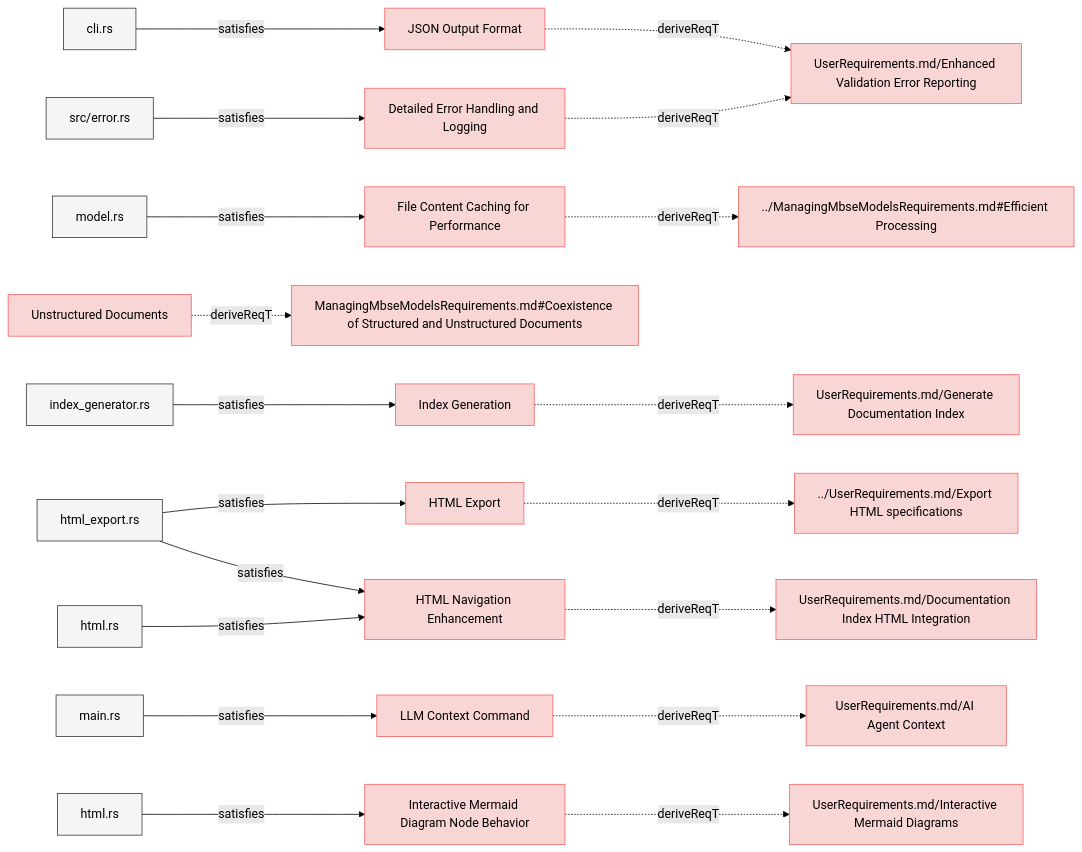
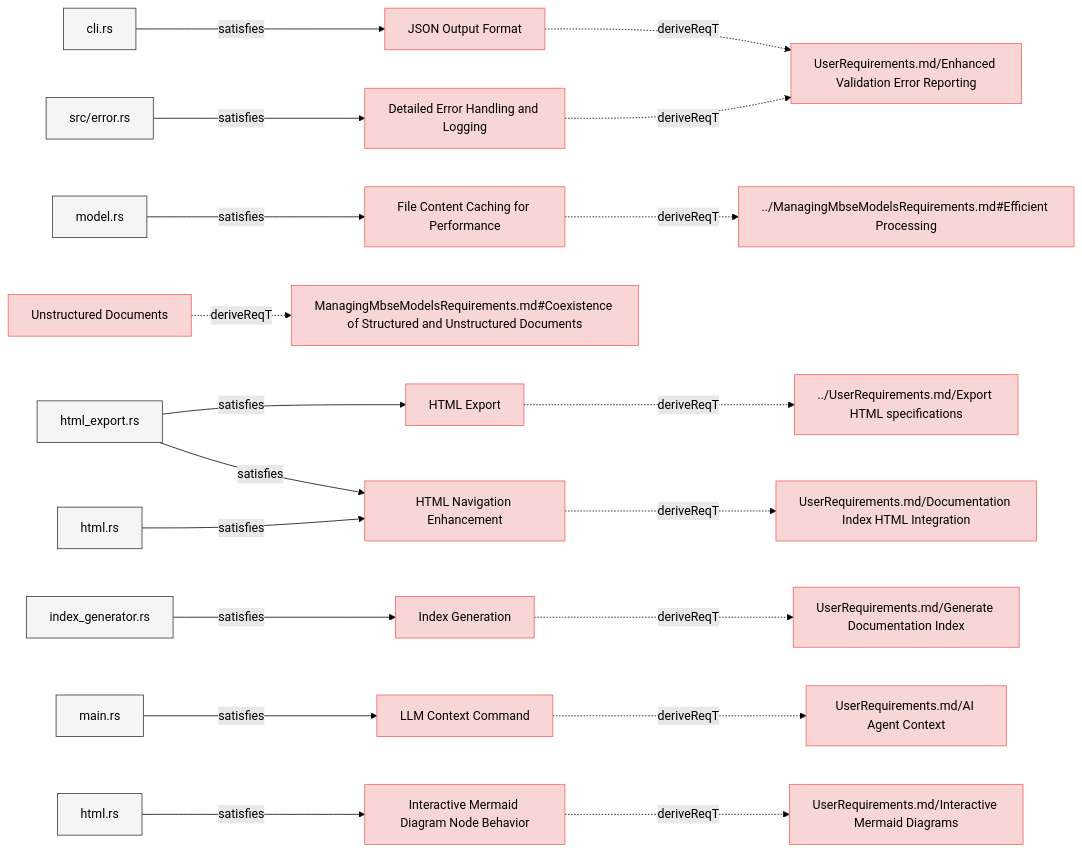
One commit to reqvire-org/reqvire changed the third of 8 diagrams in specifications/SystemRequirements/Requirements.md. Above: the diagram before and after it, drawn with Mermaid (forest theme). The commit also changed other lines of this file and 56 other files, not shown here.

````diff
--- a/specifications/SystemRequirements/Requirements.md
+++ b/specifications/SystemRequirements/Requirements.md
@@ -237,96 +237,96 @@
   classDef default fill:#f5f5f5,stroke:#333333,stroke-width:1px;
 
   5ec6a2668bddf0e["JSON Output Format"];
-  click 5ec6a2668bddf0e "https://github.com/ilijaljubicic/ReqFlow/blob/a94231473c9a4a56fe21608ebd13787e0cc3f2dc/specifications/SystemRequirements/Requirements.md#json-output-format";
+  click 5ec6a2668bddf0e "https://github.com/ilijaljubicic/ReqFlow/blob/29a17f176519a28e973567d4102beb95f41075ed/specifications/SystemRequirements/Requirements.md#json-output-format";
   class 5ec6a2668bddf0e requirement;
   7cf5cf9900076be6["UserRequirements.md/Enhanced Validation Error Reporting"];
   class 7cf5cf9900076be6 requirement;
-  click 7cf5cf9900076be6 "https://github.com/ilijaljubicic/ReqFlow/blob/a94231473c9a4a56fe21608ebd13787e0cc3f2dc/specifications/UserRequirements.md#enhanced-validation-error-reporting";
+  click 7cf5cf9900076be6 "https://github.com/ilijaljubicic/ReqFlow/blob/29a17f176519a28e973567d4102beb95f41075ed/specifications/UserRequirements.md#enhanced-validation-error-reporting";
   5ec6a2668bddf0e -.->|deriveReqT| 7cf5cf9900076be6;
   11ffc4632afd7c4c["cli.rs"];
   class 11ffc4632afd7c4c default;
-  click 11ffc4632afd7c4c "https://github.com/ilijaljubicic/ReqFlow/blob/a94231473c9a4a56fe21608ebd13787e0cc3f2dc/cli/src/cli.rs";
+  click 11ffc4632afd7c4c "https://github.com/ilijaljubicic/ReqFlow/blob/29a17f176519a28e973567d4102beb95f41075ed/cli/src/cli.rs";
   11ffc4632afd7c4c -->|satisfies| 5ec6a2668bddf0e;
   98bd2bd6bdf5bf97["File Content Caching for Performance"];
-  click 98bd2bd6bdf5bf97 "https://github.com/ilijaljubicic/ReqFlow/blob/a94231473c9a4a56fe21608ebd13787e0cc3f2dc/specifications/SystemRequirements/Requirements.md#file-content-caching-for-performance";
+  click 98bd2bd6bdf5bf97 "https://github.com/ilijaljubicic/ReqFlow/blob/29a17f176519a28e973567d4102beb95f41075ed/specifications/SystemRequirements/Requirements.md#file-content-caching-for-performance";
   class 98bd2bd6bdf5bf97 requirement;
   21e4eb87cb55ea5e["../ManagingMbseModelsRequirements.md#Efficient Processing"];
   class 21e4eb87cb55ea5e requirement;
-  click 21e4eb87cb55ea5e "https://github.com/ilijaljubicic/ReqFlow/blob/a94231473c9a4a56fe21608ebd13787e0cc3f2dc/specifications/ManagingMbseModelsRequirements.md#efficient-processing";
+  click 21e4eb87cb55ea5e "https://github.com/ilijaljubicic/ReqFlow/blob/29a17f176519a28e973567d4102beb95f41075ed/specifications/ManagingMbseModelsRequirements.md#efficient-processing";
   98bd2bd6bdf5bf97 -.->|deriveReqT| 21e4eb87cb55ea5e;
   6136c216c9f80165["model.rs"];
   class 6136c216c9f80165 default;
-  click 6136c216c9f80165 "https://github.com/ilijaljubicic/ReqFlow/blob/a94231473c9a4a56fe21608ebd13787e0cc3f2dc/core/src/model.rs";
+  click 6136c216c9f80165 "https://github.com/ilijaljubicic/ReqFlow/blob/29a17f176519a28e973567d4102beb95f41075ed/core/src/model.rs";
   6136c216c9f80165 -->|satisfies| 98bd2bd6bdf5bf97;
+  c8b6ccc187b0a27e["HTML Export"];
+  click c8b6ccc187b0a27e "https://github.com/ilijaljubicic/ReqFlow/blob/29a17f176519a28e973567d4102beb95f41075ed/specifications/SystemRequirements/Requirements.md#html-export";
+  class c8b6ccc187b0a27e requirement;
+  72c7eda6183f0893["../UserRequirements.md/Export HTML specifications"];
+  class 72c7eda6183f0893 requirement;
+  click 72c7eda6183f0893 "https://github.com/ilijaljubicic/ReqFlow/blob/29a17f176519a28e973567d4102beb95f41075ed/specifications/UserRequirements.md#export-html-specifications";
+  c8b6ccc187b0a27e -.->|deriveReqT| 72c7eda6183f0893;
+  8cb11d152f3b9d2d["html_export.rs"];
+  class 8cb11d152f3b9d2d default;
+  click 8cb11d152f3b9d2d "https://github.com/ilijaljubicic/ReqFlow/blob/29a17f176519a28e973567d4102beb95f41075ed/core/src/html_export.rs";
+  8cb11d152f3b9d2d -->|satisfies| c8b6ccc187b0a27e;
   bdfd9d65e46117e7["Detailed Error Handling and Logging"];
-  click bdfd9d65e46117e7 "https://github.com/ilijaljubicic/ReqFlow/blob/a94231473c9a4a56fe21608ebd13787e0cc3f2dc/specifications/SystemRequirements/Requirements.md#detailed-error-handling-and-logging";
+  click bdfd9d65e46117e7 "https://github.com/ilijaljubicic/ReqFlow/blob/29a17f176519a28e973567d4102beb95f41075ed/specifications/SystemRequirements/Requirements.md#detailed-error-handling-and-logging";
   class bdfd9d65e46117e7 requirement;
   bdfd9d65e46117e7 -.->|deriveReqT| 7cf5cf9900076be6;
   8cd8a561b4c440e3["src/error.rs"];
   class 8cd8a561b4c440e3 default;
-  click 8cd8a561b4c440e3 "https://github.com/ilijaljubicic/ReqFlow/blob/a94231473c9a4a56fe21608ebd13787e0cc3f2dc/core/src/error.rs";
+  click 8cd8a561b4c440e3 "https://github.com/ilijaljubicic/ReqFlow/blob/29a17f176519a28e973567d4102beb95f41075ed/core/src/error.rs";
   8cd8a561b4c440e3 -->|satisfies| bdfd9d65e46117e7;
   5a1719a2649b9922["Unstructured Documents"];
-  click 5a1719a2649b9922 "https://github.com/ilijaljubicic/ReqFlow/blob/a94231473c9a4a56fe21608ebd13787e0cc3f2dc/specifications/SystemRequirements/Requirements.md#unstructured-documents";
+  click 5a1719a2649b9922 "https://github.com/ilijaljubicic/ReqFlow/blob/29a17f176519a28e973567d4102beb95f41075ed/specifications/SystemRequirements/Requirements.md#unstructured-documents";
   class 5a1719a2649b9922 requirement;
   daadd8e583647e4f["ManagingMbseModelsRequirements.md#Coexistence of Structured and Unstructured Documents"];
   class daadd8e583647e4f requirement;
-  click daadd8e583647e4f "https://github.com/ilijaljubicic/ReqFlow/blob/a94231473c9a4a56fe21608ebd13787e0cc3f2dc/specifications/ManagingMbseModelsRequirements.md#coexistence-of-structured-and-unstructured-documents";
+  click daadd8e583647e4f "https://github.com/ilijaljubicic/ReqFlow/blob/29a17f176519a28e973567d4102beb95f41075ed/specifications/ManagingMbseModelsRequirements.md#coexistence-of-structured-and-unstructured-documents";
   5a1719a2649b9922 -.->|deriveReqT| daadd8e583647e4f;
   8acd24c7c228637b["Index Generation"];
-  click 8acd24c7c228637b "https://github.com/ilijaljubicic/ReqFlow/blob/a94231473c9a4a56fe21608ebd13787e0cc3f2dc/specifications/SystemRequirements/Requirements.md#index-generation";
+  click 8acd24c7c228637b "https://github.com/ilijaljubicic/ReqFlow/blob/29a17f176519a28e973567d4102beb95f41075ed/specifications/SystemRequirements/Requirements.md#index-generation";
   class 8acd24c7c228637b requirement;
   f5b5eaeb28c5a7b1["UserRequirements.md/Generate Documentation Index"];
   class f5b5eaeb28c5a7b1 requirement;
-  click f5b5eaeb28c5a7b1 "https://github.com/ilijaljubicic/ReqFlow/blob/a94231473c9a4a56fe21608ebd13787e0cc3f2dc/specifications/UserRequirements.md#generate-documentation-index";
+  click f5b5eaeb28c5a7b1 "https://github.com/ilijaljubicic/ReqFlow/blob/29a17f176519a28e973567d4102beb95f41075ed/specifications/UserRequirements.md#generate-documentation-index";
   8acd24c7c228637b -.->|deriveReqT| f5b5eaeb28c5a7b1;
   3ef6afafe29becbc["index_generator.rs"];
   class 3ef6afafe29becbc default;
-  click 3ef6afafe29becbc "https://github.com/ilijaljubicic/ReqFlow/blob/a94231473c9a4a56fe21608ebd13787e0cc3f2dc/core/src/index_generator.rs";
+  click 3ef6afafe29becbc "https://github.com/ilijaljubicic/ReqFlow/blob/29a17f176519a28e973567d4102beb95f41075ed/core/src/index_generator.rs";
   3ef6afafe29becbc -->|satisfies| 8acd24c7c228637b;
-  c8b6ccc187b0a27e["HTML Export"];
-  click c8b6ccc187b0a27e "https://github.com/ilijaljubicic/ReqFlow/blob/a94231473c9a4a56fe21608ebd13787e0cc3f2dc/specifications/SystemRequirements/Requirements.md#html-export";
-  class c8b6ccc187b0a27e requirement;
-  72c7eda6183f0893["../UserRequirements.md/Export HTML specifications"];
-  class 72c7eda6183f0893 requirement;
-  click 72c7eda6183f0893 "https://github.com/ilijaljubicic/ReqFlow/blob/a94231473c9a4a56fe21608ebd13787e0cc3f2dc/specifications/UserRequirements.md#export-html-specifications";
-  c8b6ccc187b0a27e -.->|deriveReqT| 72c7eda6183f0893;
-  8cb11d152f3b9d2d["html_export.rs"];
-  class 8cb11d152f3b9d2d default;
-  click 8cb11d152f3b9d2d "https://github.com/ilijaljubicic/ReqFlow/blob/a94231473c9a4a56fe21608ebd13787e0cc3f2dc/core/src/html_export.rs";
-  8cb11d152f3b9d2d -->|satisfies| c8b6ccc187b0a27e;
+  8ba9c7e059799274["LLM Context Command"];
+  click 8ba9c7e059799274 "https://github.com/ilijaljubicic/ReqFlow/blob/29a17f176519a28e973567d4102beb95f41075ed/specifications/SystemRequirements/Requirements.md#llm-context-command";
+  class 8ba9c7e059799274 requirement;
+  5a6fc253c51845b6["UserRequirements.md/AI Agent Context"];
+  class 5a6fc253c51845b6 requirement;
+  click 5a6fc253c51845b6 "https://github.com/ilijaljubicic/ReqFlow/blob/29a17f176519a28e973567d4102beb95f41075ed/specifications/UserRequirements.md#ai-agent-context";
+  8ba9c7e059799274 -.->|deriveReqT| 5a6fc253c51845b6;
+  4a5edefd6e054300["main.rs"];
+  class 4a5edefd6e054300 default;
+  click 4a5edefd6e054300 "https://github.com/ilijaljubicic/ReqFlow/blob/29a17f176519a28e973567d4102beb95f41075ed/cli/src/main.rs";
+  4a5edefd6e054300 -->|satisfies| 8ba9c7e059799274;
+  7a8da8dfee910932["Interactive Mermaid Diagram Node Behavior"];
+  click 7a8da8dfee910932 "https://github.com/ilijaljubicic/ReqFlow/blob/29a17f176519a28e973567d4102beb95f41075ed/specifications/SystemRequirements/Requirements.md#interactive-mermaid-diagram-node-behavior";
+  class 7a8da8dfee910932 requirement;
+  e867499409ae347a["UserRequirements.md/Interactive Mermaid Diagrams"];
+  class e867499409ae347a requirement;
+  click e867499409ae347a "https://github.com/ilijaljubicic/ReqFlow/blob/29a17f176519a28e973567d4102beb95f41075ed/specifications/UserRequirements.md#interactive-mermaid-diagrams";
+  7a8da8dfee910932 -.->|deriveReqT| e867499409ae347a;
+  d4240e29691d4b88["html.rs"];
+  class d4240e29691d4b88 default;
+  click d4240e29691d4b88 "https://github.com/ilijaljubicic/ReqFlow/blob/29a17f176519a28e973567d4102beb95f41075ed/core/src/diagrams.rs";
+  d4240e29691d4b88 -->|satisfies| 7a8da8dfee910932;
   86e0701b6ce7de0b["HTML Navigation Enhancement"];
-  click 86e0701b6ce7de0b "https://github.com/ilijaljubicic/ReqFlow/blob/a94231473c9a4a56fe21608ebd13787e0cc3f2dc/specifications/SystemRequirements/Requirements.md#html-navigation-enhancement";
+  click 86e0701b6ce7de0b "https://github.com/ilijaljubicic/ReqFlow/blob/29a17f176519a28e973567d4102beb95f41075ed/specifications/SystemRequirements/Requirements.md#html-navigation-enhancement";
   class 86e0701b6ce7de0b requirement;
   e1c89b5d94837122["UserRequirements.md/Documentation Index HTML Integration"];
   class e1c89b5d94837122 requirement;
-  click e1c89b5d94837122 "https://github.com/ilijaljubicic/ReqFlow/blob/a94231473c9a4a56fe21608ebd13787e0cc3f2dc/specifications/UserRequirements.md#documentation-index-html-integration";
+  click e1c89b5d94837122 "https://github.com/ilijaljubicic/ReqFlow/blob/29a17f176519a28e973567d4102beb95f41075ed/specifications/UserRequirements.md#documentation-index-html-integration";
   86e0701b6ce7de0b -.->|deriveReqT| e1c89b5d94837122;
   c788e5b84faa2ae3["html.rs"];
   class c788e5b84faa2ae3 default;
-  click c788e5b84faa2ae3 "https://github.com/ilijaljubicic/ReqFlow/blob/a94231473c9a4a56fe21608ebd13787e0cc3f2dc/core/src/html.rs";
+  click c788e5b84faa2ae3 "https://github.com/ilijaljubicic/ReqFlow/blob/29a17f176519a28e973567d4102beb95f41075ed/core/src/html.rs";
   c788e5b84faa2ae3 -->|satisfies| 86e0701b6ce7de0b;
   8cb11d152f3b9d2d -->|satisfies| 86e0701b6ce7de0b;
-  8ba9c7e059799274["LLM Context Command"];
-  click 8ba9c7e059799274 "https://github.com/ilijaljubicic/ReqFlow/blob/a94231473c9a4a56fe21608ebd13787e0cc3f2dc/specifications/SystemRequirements/Requirements.md#llm-context-command";
-  class 8ba9c7e059799274 requirement;
-  5a6fc253c51845b6["UserRequirements.md/AI Agent Context"];
-  class 5a6fc253c51845b6 requirement;
-  click 5a6fc253c51845b6 "https://github.com/ilijaljubicic/ReqFlow/blob/a94231473c9a4a56fe21608ebd13787e0cc3f2dc/specifications/UserRequirements.md#ai-agent-context";
-  8ba9c7e059799274 -.->|deriveReqT| 5a6fc253c51845b6;
-  4a5edefd6e054300["main.rs"];
-  class 4a5edefd6e054300 default;
-  click 4a5edefd6e054300 "https://github.com/ilijaljubicic/ReqFlow/blob/a94231473c9a4a56fe21608ebd13787e0cc3f2dc/cli/src/main.rs";
-  4a5edefd6e054300 -->|satisfies| 8ba9c7e059799274;
-  7a8da8dfee910932["Interactive Mermaid Diagram Node Behavior"];
-  click 7a8da8dfee910932 "https://github.com/ilijaljubicic/ReqFlow/blob/a94231473c9a4a56fe21608ebd13787e0cc3f2dc/specifications/SystemRequirements/Requirements.md#interactive-mermaid-diagram-node-behavior";
-  class 7a8da8dfee910932 requirement;
-  e867499409ae347a["UserRequirements.md/Interactive Mermaid Diagrams"];
-  class e867499409ae347a requirement;
-  click e867499409ae347a "https://github.com/ilijaljubicic/ReqFlow/blob/a94231473c9a4a56fe21608ebd13787e0cc3f2dc/specifications/UserRequirements.md#interactive-mermaid-diagrams";
-  7a8da8dfee910932 -.->|deriveReqT| e867499409ae347a;
-  d4240e29691d4b88["html.rs"];
-  class d4240e29691d4b88 default;
-  click d4240e29691d4b88 "https://github.com/ilijaljubicic/ReqFlow/blob/a94231473c9a4a56fe21608ebd13787e0cc3f2dc/core/src/diagrams.rs";
-  d4240e29691d4b88 -->|satisfies| 7a8da8dfee910932;
 ```
````
